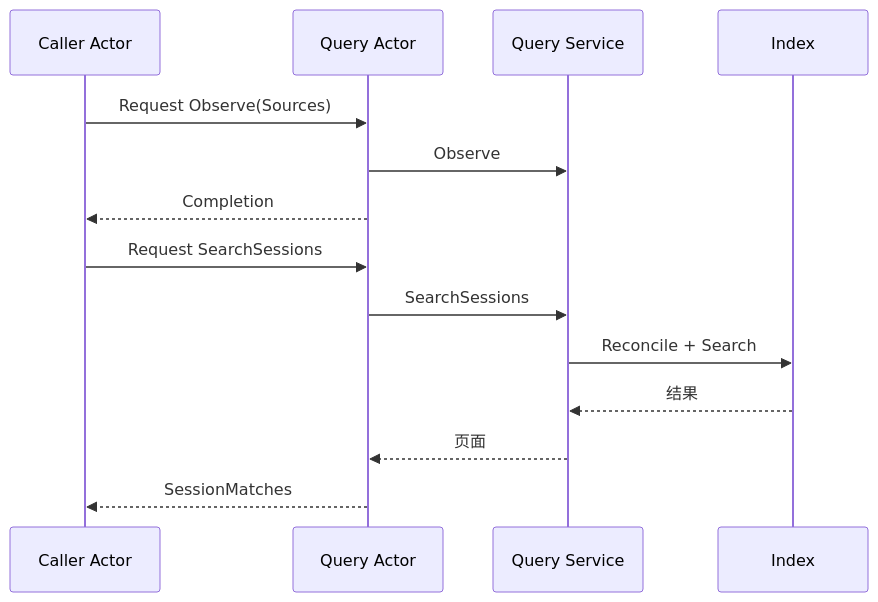
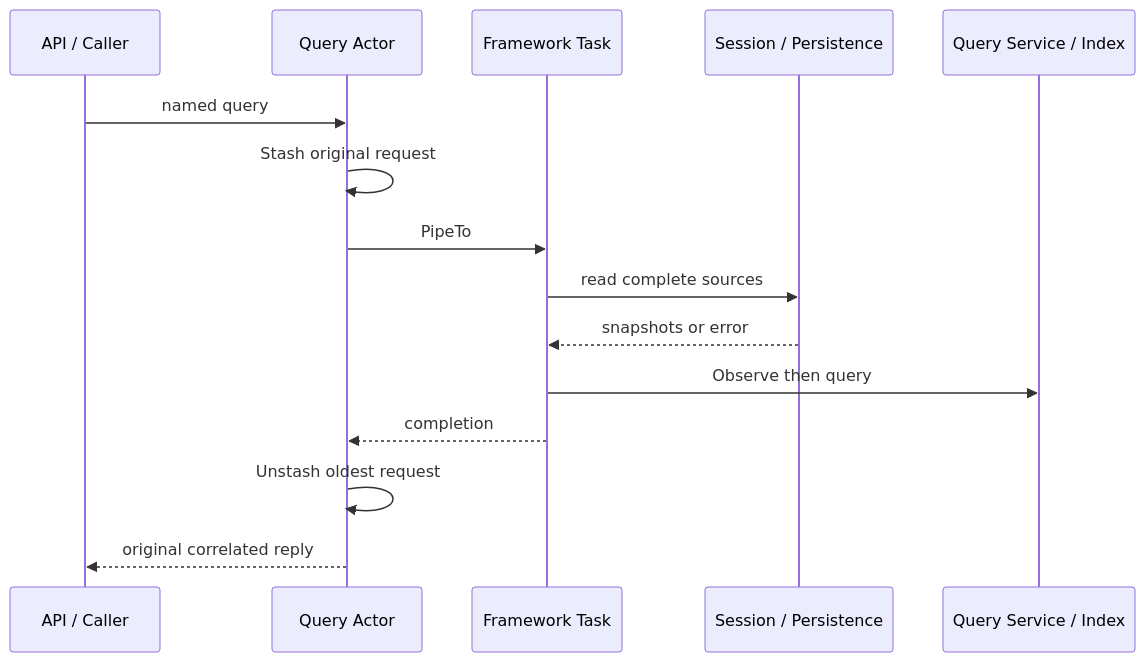
Before and after one commit to gorenx/goren: the diagram in session/query/actor/README.zh-CN.md, drawn with Mermaid. The commit also changed other lines of this file and 11 other files, not shown here.

````diff
--- a/session/query/actor/README.zh-CN.md
+++ b/session/query/actor/README.zh-CN.md
@@ -13,16 +9,17 @@
 ```mermaid
 sequenceDiagram
-    participant C as Caller Actor
-    participant Q as Query Actor
-    participant B as Query Service
-    participant I as Index
-    C->>Q: Request Observe(Sources)
-    Q->>B: Observe
-    Q-->>C: Completion
-    C->>Q: Request SearchSessions
-    Q->>B: SearchSessions
-    B->>I: Reconcile + Search
-    I-->>B: 结果
-    B-->>Q: 页面
-    Q-->>C: SessionMatches
+ participant C as API / Caller
+ participant A as Query Actor
+ participant F as Framework Task
+ participant S as Session / Persistence
+ participant Q as Query Service / Index
+ C->>A: named query
+ A->>A: Stash original request
+ A->>F: PipeTo
+ F->>S: read complete sources
+ S-->>F: snapshots or error
+ F->>Q: Observe then query
+ F-->>A: completion
+ A->>A: Unstash oldest request
+ A-->>C: original correlated reply
 ```
````
